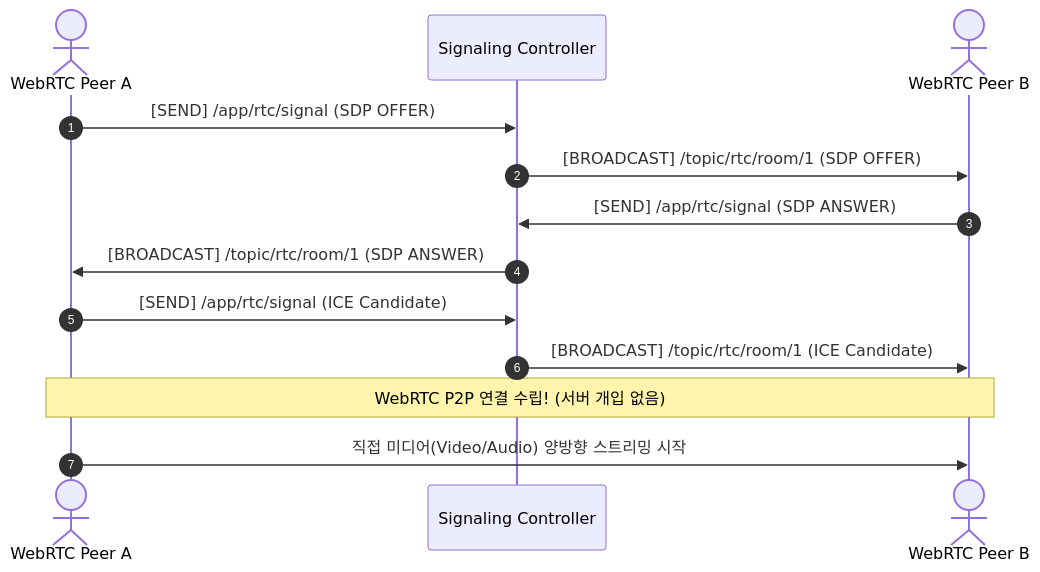
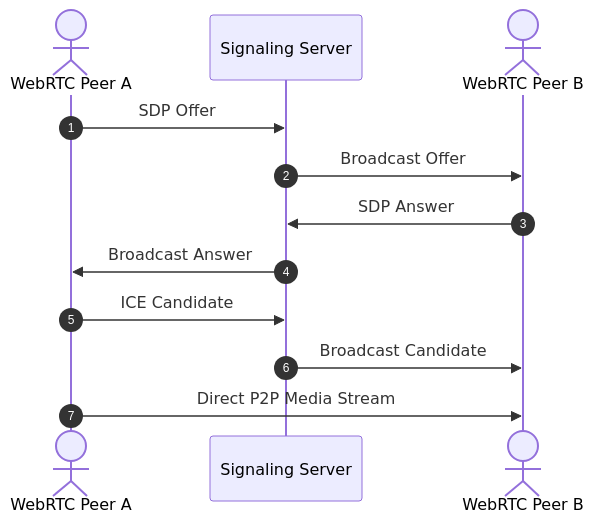
One commit to hooneyg/realtime-comm-lab changed the second of 2 diagrams in README.md. Above: the diagram before and after it, drawn with Mermaid. The commit also changed other lines of this file and 1 other file, not shown here.

````diff
--- a/README.md
+++ b/README.md
@@ -59,19 +61,15 @@
 ```mermaid
 sequenceDiagram
     autonumber
     actor PeerA as WebRTC Peer A
-    participant SigServer as Signaling Controller
+    participant SigServer as Signaling Server
     actor PeerB as WebRTC Peer B
 
-    PeerA->>SigServer: [SEND] /app/rtc/signal (SDP OFFER)
-    SigServer->>PeerB: [BROADCAST] /topic/rtc/room/1 (SDP OFFER)
-    
-    PeerB->>SigServer: [SEND] /app/rtc/signal (SDP ANSWER)
-    SigServer->>PeerA: [BROADCAST] /topic/rtc/room/1 (SDP ANSWER)
-    
-    PeerA->>SigServer: [SEND] /app/rtc/signal (ICE Candidate)
-    SigServer->>PeerB: [BROADCAST] /topic/rtc/room/1 (ICE Candidate)
-    
-    Note over PeerA, PeerB: WebRTC P2P 연결 수립! (서버 개입 없음)
-    PeerA->>PeerB: 직접 미디어(Video/Audio) 양방향 스트리밍 시작
+    PeerA->>SigServer: SDP Offer
+    SigServer->>PeerB: Broadcast Offer
+    PeerB->>SigServer: SDP Answer
+    SigServer->>PeerA: Broadcast Answer
+    PeerA->>SigServer: ICE Candidate
+    SigServer->>PeerB: Broadcast Candidate
+    PeerA->>PeerB: Direct P2P Media Stream
 ```
````
